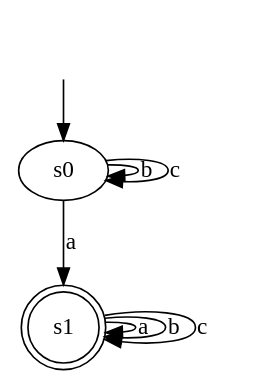
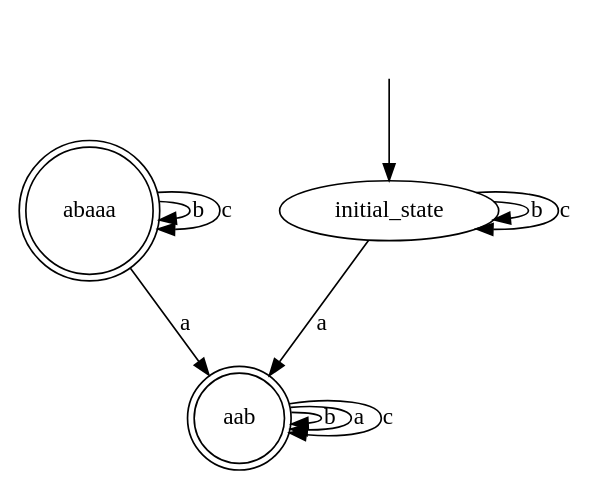
One commit to pepe5p/grammar-induction changed the diagram in data/learned_dfa.dot. Above: the diagram before and after it, drawn with Graphviz. The commit also changed 15 other files, not shown here.

```diff
--- a/data/learned_dfa.dot
+++ b/data/learned_dfa.dot
@@ -1,12 +1,16 @@
 digraph learned_dfa {
-s0 [label="s0"];
-s1 [label="s1", shape=doublecircle];
-s0 -> s1 [label="a"];
-s0 -> s0 [label="b"];
-s0 -> s0 [label="c"];
-s1 -> s1 [label="a"];
-s1 -> s1 [label="b"];
-s1 -> s1 [label="c"];
+initial_state [label="initial_state"];
+aab [label="aab", shape=doublecircle];
+abaaa [label="abaaa", shape=doublecircle];
+initial_state -> aab [label="a"];
+initial_state -> initial_state [label="b"];
+initial_state -> initial_state [label="c"];
+aab -> aab [label="b"];
+aab -> aab [label="a"];
+aab -> aab [label="c"];
+abaaa -> abaaa [label="b"];
+abaaa -> aab [label="a"];
+abaaa -> abaaa [label="c"];
 __start0 [shape=none, label=""];
-__start0 -> s0 [label=""];
+__start0 -> initial_state [label=""];
 }
```
